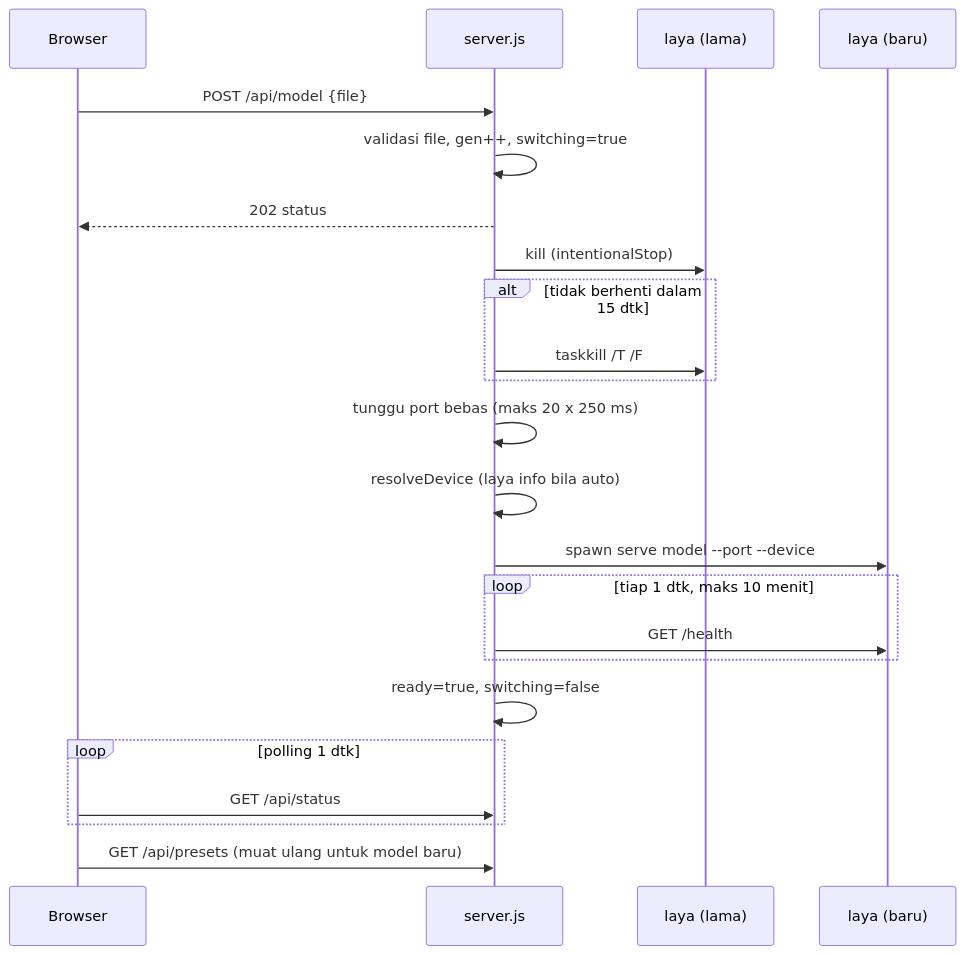
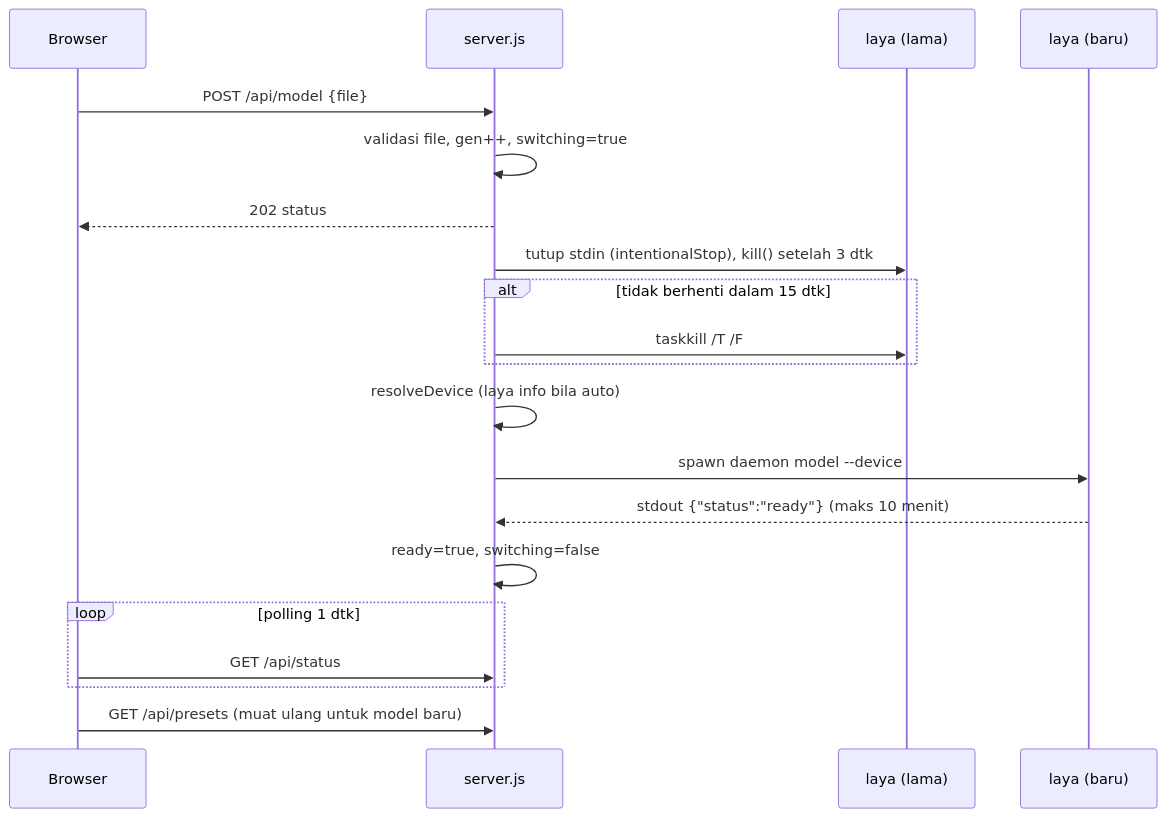
Before and after one commit to Cloud-Dark/sentiment-with-decission-model: the third of 3 diagrams in docs/05_ARCHITECTURE.md, drawn with Mermaid. The commit also changed other lines of this file and 15 other files, not shown here.

First line of the commit message:
refactor: run laya as stdio daemon so the app exposes a single port

````diff
--- a/docs/05_ARCHITECTURE.md
+++ b/docs/05_ARCHITECTURE.md
@@ -81,25 +84,22 @@
 ```mermaid
 sequenceDiagram
   participant U as Browser
   participant S as server.js
   participant L1 as laya (lama)
   participant L2 as laya (baru)
   U->>S: POST /api/model {file}
   S->>S: validasi file, gen++, switching=true
   S-->>U: 202 status
-  S->>L1: kill (intentionalStop)
+  S->>L1: tutup stdin (intentionalStop), kill() setelah 3 dtk
   alt tidak berhenti dalam 15 dtk
     S->>L1: taskkill /T /F
   end
-  S->>S: tunggu port bebas (maks 20 x 250 ms)
   S->>S: resolveDevice (laya info bila auto)
-  S->>L2: spawn serve model --port --device
-  loop tiap 1 dtk, maks 10 menit
-    S->>L2: GET /health
-  end
+  S->>L2: spawn daemon model --device
+  L2-->>S: stdout {"status":"ready"} (maks 10 menit)
   S->>S: ready=true, switching=false
   loop polling 1 dtk
     U->>S: GET /api/status
   end
   U->>S: GET /api/presets (muat ulang untuk model baru)
 ```
````
